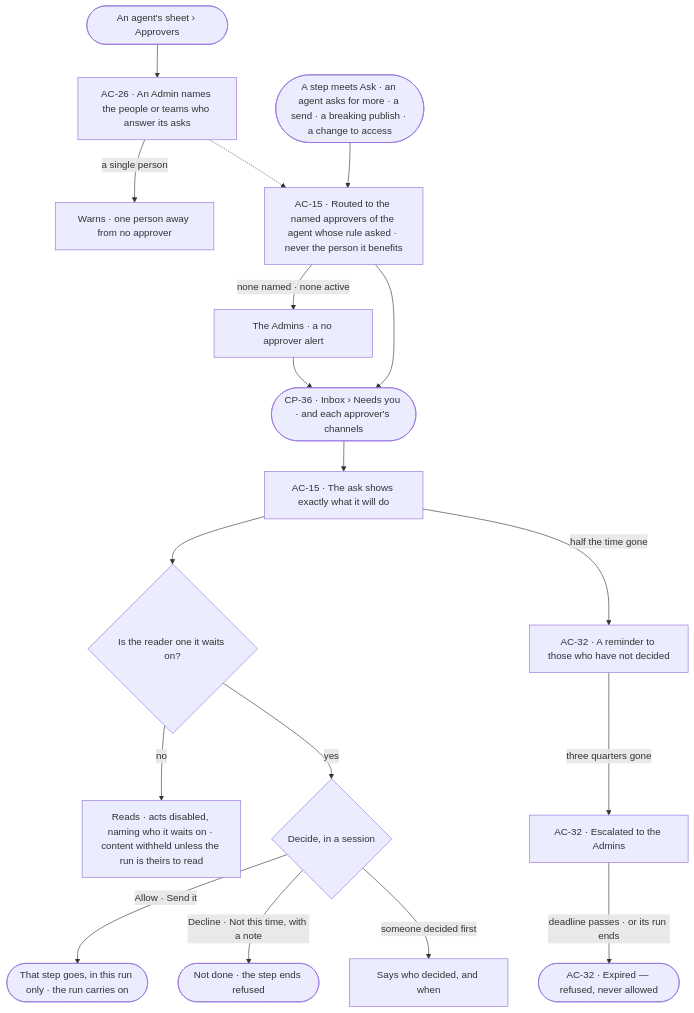
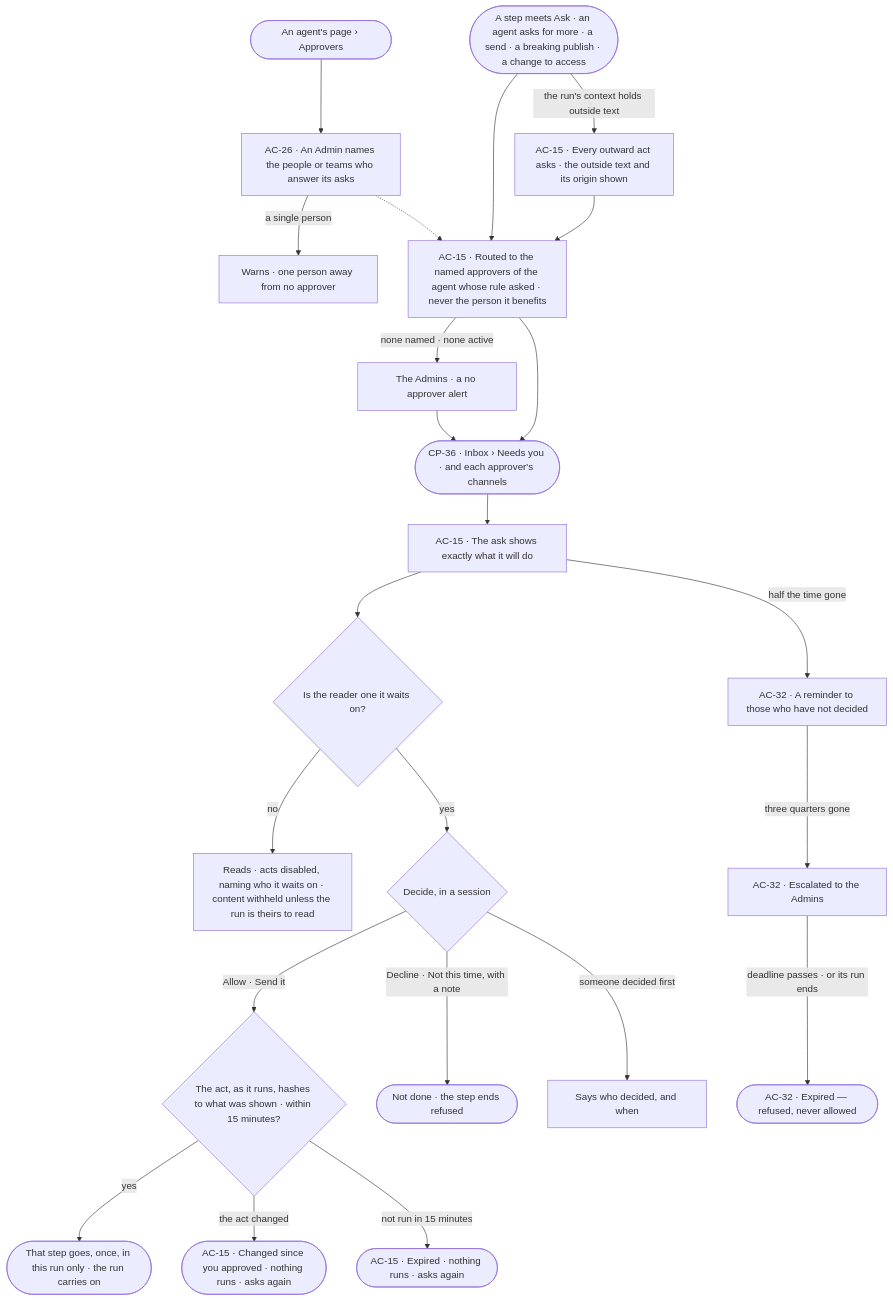
Before and after one commit to invana/invana: the first of 2 diagrams in specs/os/access/features/AC-F05-asks-and-approvals/feature.md, drawn with Mermaid. The commit also changed other lines of this file and 456 other files, not shown here.

````diff
--- a/specs/os/access/features/AC-F05-asks-and-approvals/feature.md
+++ b/specs/os/access/features/AC-F05-asks-and-approvals/feature.md
@@ -26,20 +26,25 @@
 ```mermaid
 flowchart TD
-  sheet([An agent's sheet › Approvers]) --> named["AC-26 · An Admin names the people or teams who answer its asks"]
+  pg([An agent's page › Approvers]) --> named["AC-26 · An Admin names the people or teams who answer its asks"]
   named -->|a single person| warn["Warns · one person away from no approver"]
   named -.-> route
   ev([A step meets Ask · an agent asks for more · a send · a breaking publish · a change to access]) --> route["AC-15 · Routed to the named approvers of the agent whose rule asked · never the person it benefits"]
   route -->|none named · none active| adm["The Admins · a no approver alert"]
   adm --> inbox
   route --> inbox(["CP-36 · Inbox › Needs you · and each approver's channels"])
   inbox --> ask["AC-15 · The ask shows exactly what it will do"]
   ask --> who{"Is the reader one it waits on?"}
   who -->|no| ro["Reads · acts disabled, naming who it waits on · content withheld unless the run is theirs to read"]
   who -->|yes| dec{"Decide, in a session"}
-  dec -->|Allow · Send it| go(["That step goes, in this run only · the run carries on"])
+  dec -->|Allow · Send it| hs{"The act, as it runs, hashes to what was shown · within 15 minutes?"}
+  hs -->|yes| go(["That step goes, once, in this run only · the run carries on"])
+  hs -->|the act changed| chg(["AC-15 · Changed since you approved · nothing runs · asks again"])
+  hs -->|not run in 15 minutes| lap(["AC-15 · Expired · nothing runs · asks again"])
+  ev -->|the run's context holds outside text| ot["AC-15 · Every outward act asks · the outside text and its origin shown"]
+  ot --> route
   dec -->|Decline · Not this time, with a note| no(["Not done · the step ends refused"])
   dec -->|someone decided first| first["Says who decided, and when"]
   ask -->|half the time gone| rem["AC-32 · A reminder to those who have not decided"]
   rem -->|three quarters gone| esc["AC-32 · Escalated to the Admins"]
   esc -->|deadline passes · or its run ends| exp(["AC-32 · Expired — refused, never allowed"])
 ```
````
